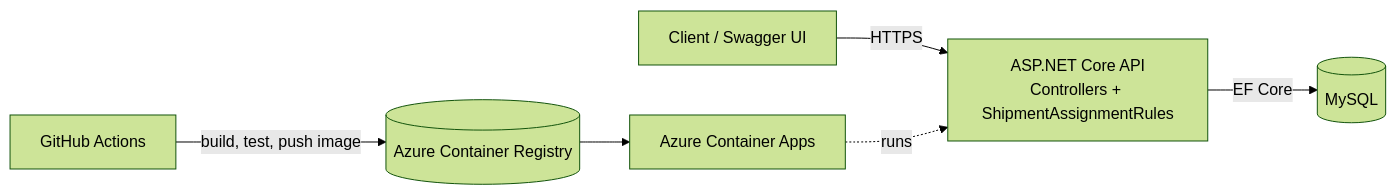
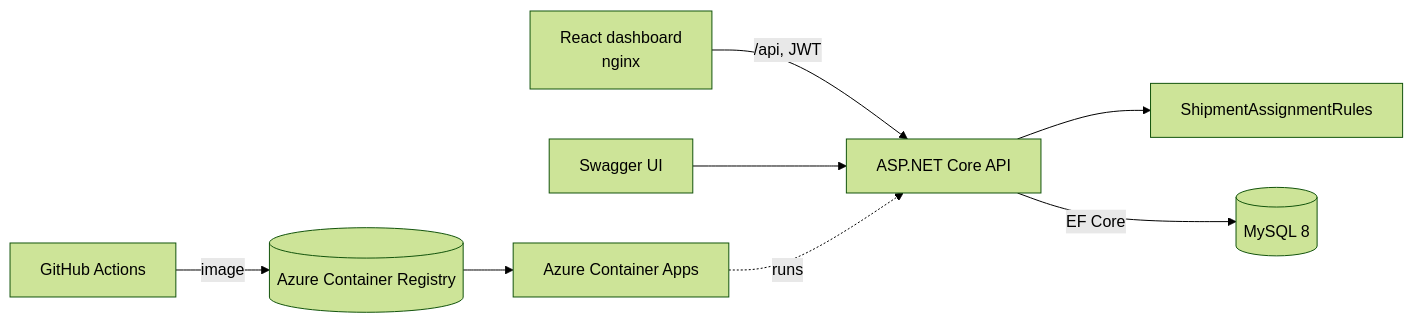
Before and after one commit to bcpasaoglu/Logistic-Workflow-API: the diagram in README.md, drawn with Mermaid (forest theme). The commit also changed other lines of this file and 2 other files, not shown here.

````diff
--- a/README.md
+++ b/README.md
@@ -43,8 +53,10 @@
 ```mermaid
 flowchart LR
-    client[Client / Swagger UI] -->|HTTPS| api[ASP.NET Core API<br/>Controllers + ShipmentAssignmentRules]
-    api -->|EF Core| db[(MySQL)]
-    gh[GitHub Actions] -->|build, test, push image| acr[(Azure Container Registry)]
+    ui[React dashboard<br/>nginx] -->|/api, JWT| api[ASP.NET Core API]
+    swagger[Swagger UI] --> api
+    api --> rules[ShipmentAssignmentRules]
+    api -->|EF Core| db[(MySQL 8)]
+    gh[GitHub Actions] -->|image| acr[(Azure Container Registry)]
     acr --> aca[Azure Container Apps]
     aca -.runs.-> api
 ```
````
